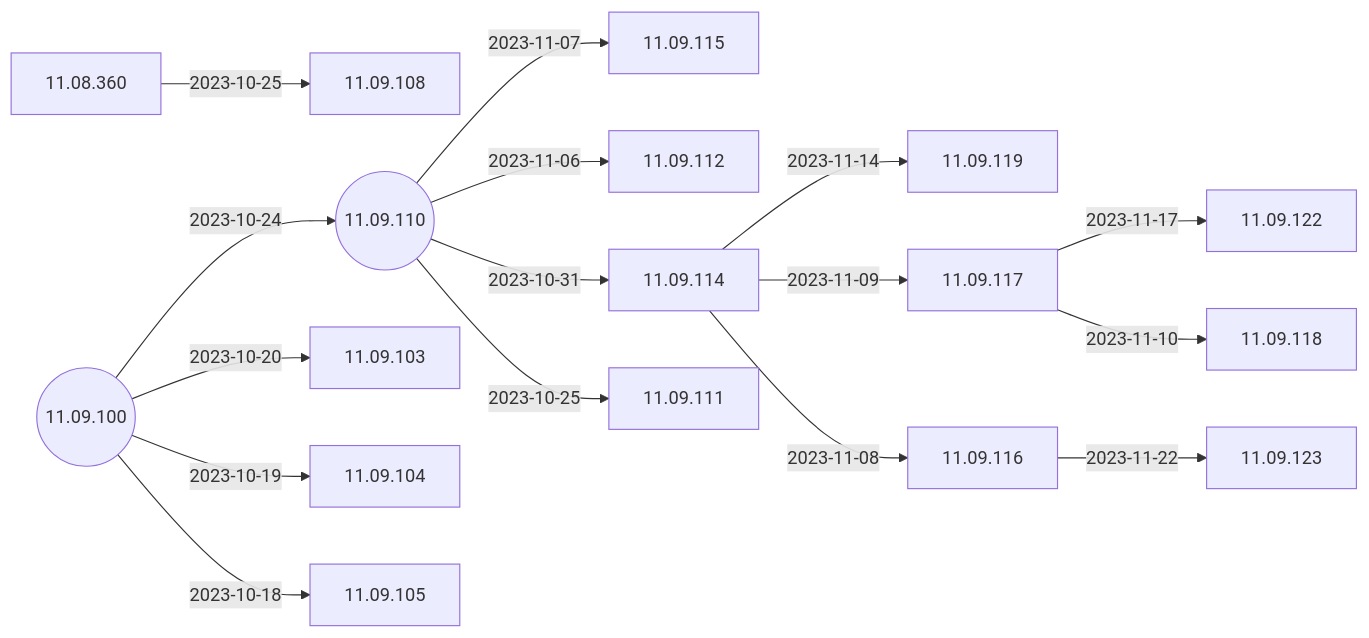
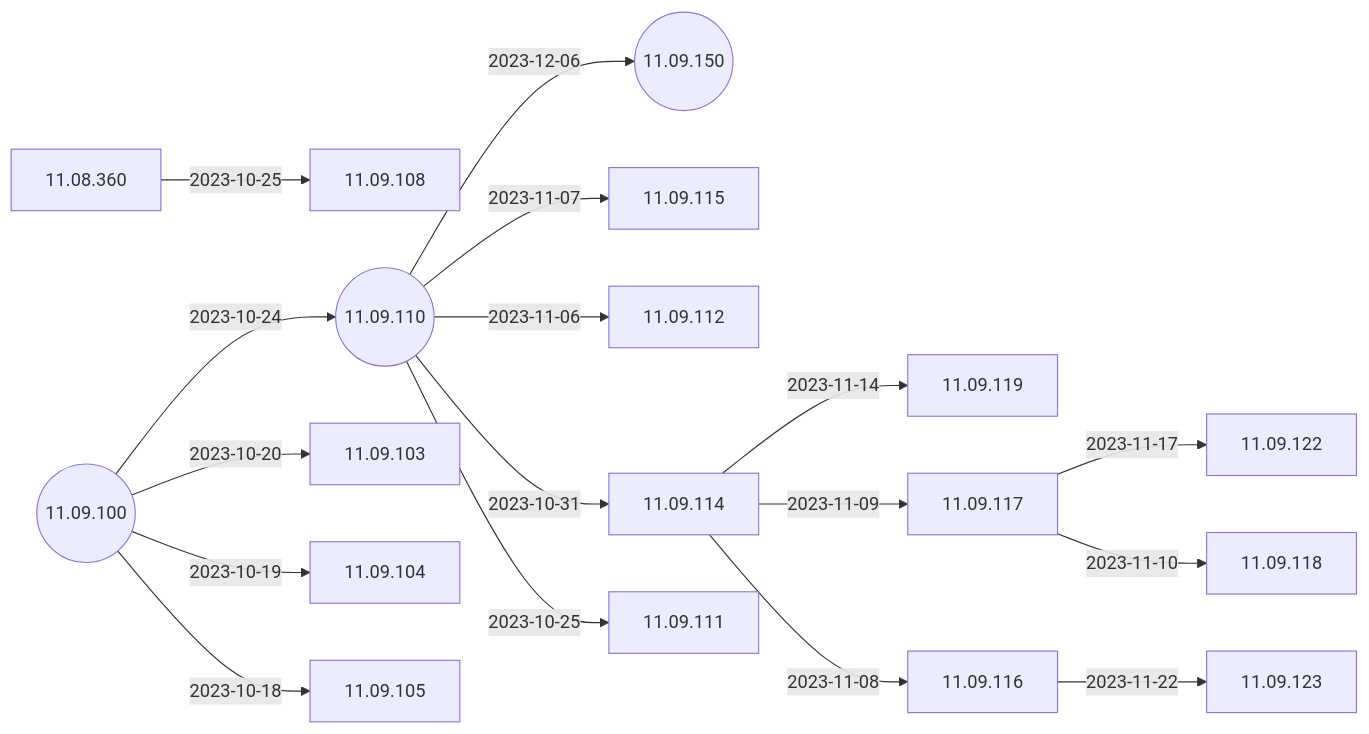
One commit to IGEL-Community/IGEL-Docs-v02 changed the second of 5 diagrams in docs/Docs/ReleaseNotes/01-OS11/README.md. Above: the diagram before and after it, drawn with Mermaid. The commit also changed 2 other files, not shown here.

Commit message:
11.09.150 < 11.09.110

````diff
--- a/docs/Docs/ReleaseNotes/01-OS11/README.md
+++ b/docs/Docs/ReleaseNotes/01-OS11/README.md
@@ -41,35 +41,37 @@
 ```mermaid
 flowchart LR
+    11.09.110-- 2023-12-06 -->11.09.150((11.09.150))
     11.09.116-- 2023-11-22 -->11.09.123
     11.09.117-- 2023-11-17 -->11.09.122
     11.09.114-- 2023-11-14 -->11.09.119
     11.09.117-- 2023-11-10 -->11.09.118
     11.09.114-- 2023-11-09 -->11.09.117
     11.09.114-- 2023-11-08 -->11.09.116
     11.09.110-- 2023-11-07 -->11.09.115
     11.09.110-- 2023-11-06 -->11.09.112
     11.09.110-- 2023-10-31 -->11.09.114
     11.08.360-- 2023-10-25 -->11.09.108
     11.09.110-- 2023-10-25 -->11.09.111
     11.09.100-- 2023-10-24 -->11.09.110((11.09.110))
     11.09.100-- 2023-10-20 -->11.09.103
     11.09.100-- 2023-10-19 -->11.09.104
     11.09.100-- 2023-10-18 -->11.09.105
     11.09.100((11.09.100))
+    click 11.09.150 "https://github.com/IGEL-Community/IGEL-Docs-v02/tree/main/docs/Docs/ReleaseNotes/01-OS11/readme11.09.150.txt" _blank
     click 11.09.123 "https://github.com/IGEL-Community/IGEL-Docs-v02/tree/main/docs/Docs/ReleaseNotes/01-OS11/readme11.09.123.txt" _blank
     click 11.09.122 "https://github.com/IGEL-Community/IGEL-Docs-v02/tree/main/docs/Docs/ReleaseNotes/01-OS11/readme11.09.122.txt" _blank
     click 11.09.119 "https://github.com/IGEL-Community/IGEL-Docs-v02/tree/main/docs/Docs/ReleaseNotes/01-OS11/readme11.09.119.txt" _blank
     click 11.09.118 "https://github.com/IGEL-Community/IGEL-Docs-v02/tree/main/docs/Docs/ReleaseNotes/01-OS11/readme11.09.118.txt" _blank
     click 11.09.117 "https://github.com/IGEL-Community/IGEL-Docs-v02/tree/main/docs/Docs/ReleaseNotes/01-OS11/readme11.09.117.txt" _blank
     click 11.09.116 "https://github.com/IGEL-Community/IGEL-Docs-v02/tree/main/docs/Docs/ReleaseNotes/01-OS11/readme11.09.116.txt" _blank
     click 11.09.115 "https://github.com/IGEL-Community/IGEL-Docs-v02/tree/main/docs/Docs/ReleaseNotes/01-OS11/readme11.09.115.txt" _blank
     click 11.09.112 "https://github.com/IGEL-Community/IGEL-Docs-v02/tree/main/docs/Docs/ReleaseNotes/01-OS11/readme11.09.112.txt" _blank
     click 11.09.114 "https://github.com/IGEL-Community/IGEL-Docs-v02/tree/main/docs/Docs/ReleaseNotes/01-OS11/readme11.09.114.txt" _blank
     click 11.09.108 "https://github.com/IGEL-Community/IGEL-Docs-v02/tree/main/docs/Docs/ReleaseNotes/01-OS11/readme11.09.108.txt" _blank
     click 11.09.111 "https://github.com/IGEL-Community/IGEL-Docs-v02/tree/main/docs/Docs/ReleaseNotes/01-OS11/readme11.09.111.txt" _blank
     click 11.09.110 "https://github.com/IGEL-Community/IGEL-Docs-v02/tree/main/docs/Docs/ReleaseNotes/01-OS11/readme11.09.110.txt" _blank
     click 11.09.103 "https://github.com/IGEL-Community/IGEL-Docs-v02/tree/main/docs/Docs/ReleaseNotes/01-OS11/readme11.09.103.txt" _blank
     click 11.09.104 "https://github.com/IGEL-Community/IGEL-Docs-v02/tree/main/docs/Docs/ReleaseNotes/01-OS11/readme11.09.104.txt" _blank
     click 11.09.105 "https://github.com/IGEL-Community/IGEL-Docs-v02/tree/main/docs/Docs/ReleaseNotes/01-OS11/readme11.09.105.txt" _blank
     click 11.09.100 "https://github.com/IGEL-Community/IGEL-Docs-v02/tree/main/docs/Docs/ReleaseNotes/01-OS11/readme11.09.100.txt" _blank
 ```
````
